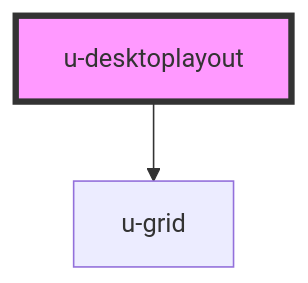
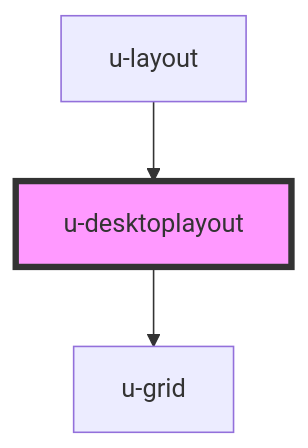
One commit to theUrbans/uniform changed the diagram in src/components/u-desktoplayout/readme.md. Above: the diagram before and after it, drawn with Mermaid. The commit also changed other lines of this file and 14 other files, not shown here.

````diff
--- a/src/components/u-desktoplayout/readme.md
+++ b/src/components/u-desktoplayout/readme.md
@@ -15,5 +19,6 @@
 ```mermaid
 graph TD;
   u-desktoplayout --> u-grid
+  u-layout --> u-desktoplayout
   style u-desktoplayout fill:#f9f,stroke:#333,stroke-width:4px
 ```
````
